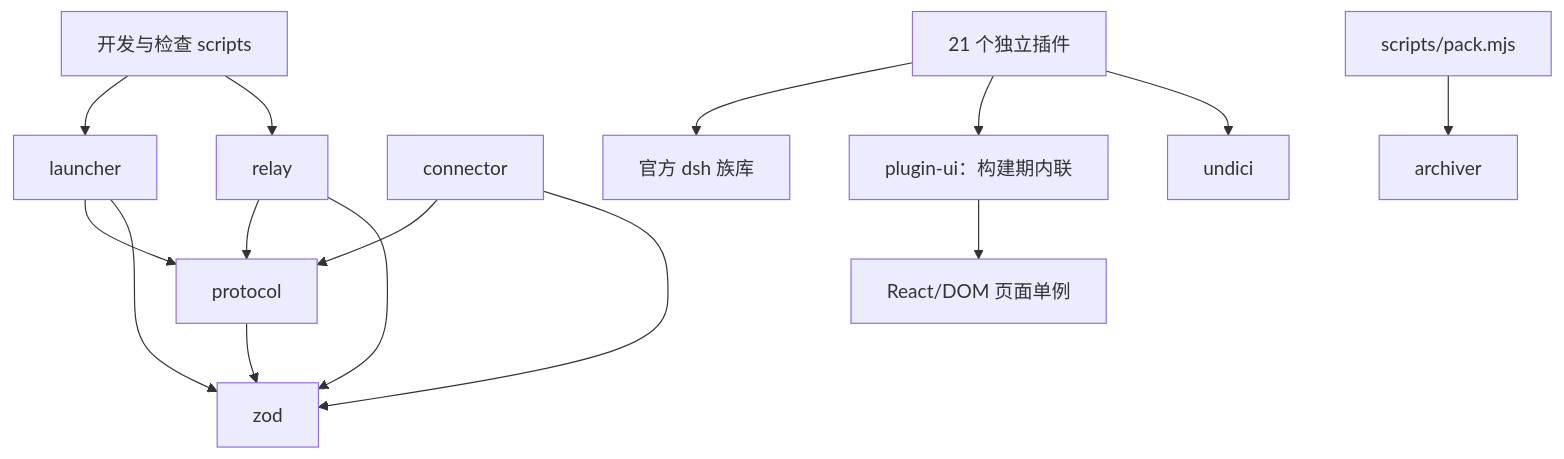
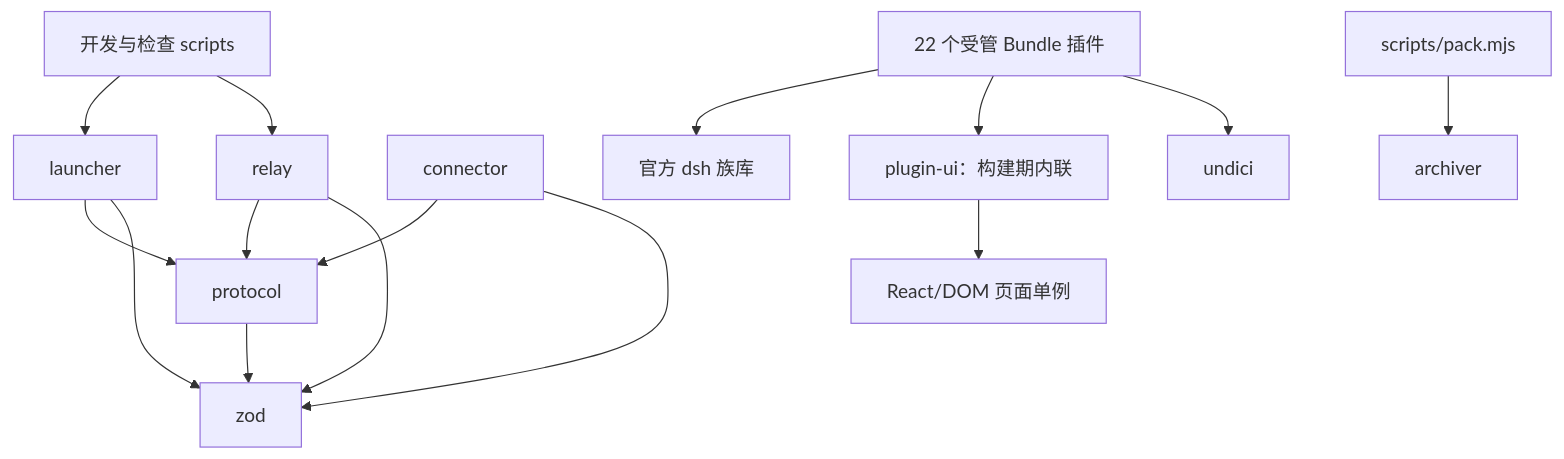
The diagram in ARCHITECTURE.md (WaynePluto/dsh-remote), drawn with Mermaid before and after one commit. The commit also changed other lines of this file and 97 other files, not shown here.

````diff
--- a/ARCHITECTURE.md
+++ b/ARCHITECTURE.md
@@ -39,17 +39,17 @@
 ```mermaid
 graph TD
   Scripts[开发与检查 scripts] --> Launcher[launcher]
   Scripts --> Relay[relay]
   Launcher --> Protocol[protocol]
   Relay --> Protocol
   Connector[connector] --> Protocol
-  Plugins[21 个独立插件] --> DshLibs[官方 dsh 族库]
+  Plugins[22 个受管 Bundle 插件] --> DshLibs[官方 dsh 族库]
   Plugins --> PluginUI[plugin-ui：构建期内联]
   Plugins --> Undici[undici]
   PluginUI --> React[React/DOM 页面单例]
   Launcher --> Zod[zod]
   Relay --> Zod
   Connector --> Zod
   Protocol --> Zod
   Pack[scripts/pack.mjs] --> Archiver[archiver]
 ```
````
